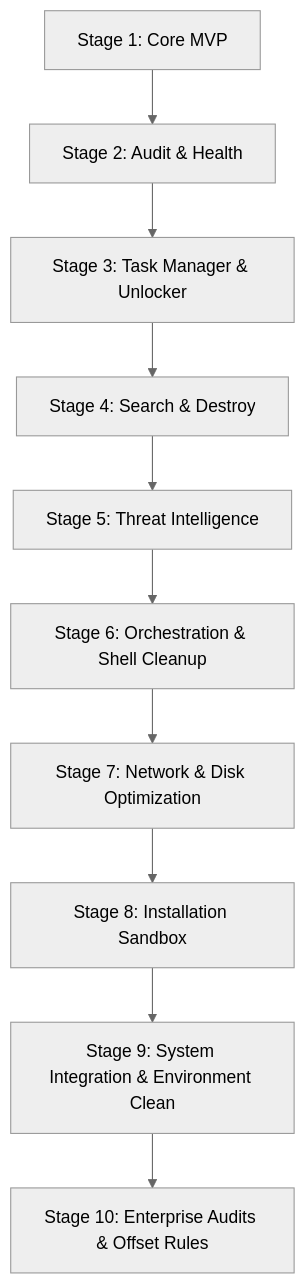
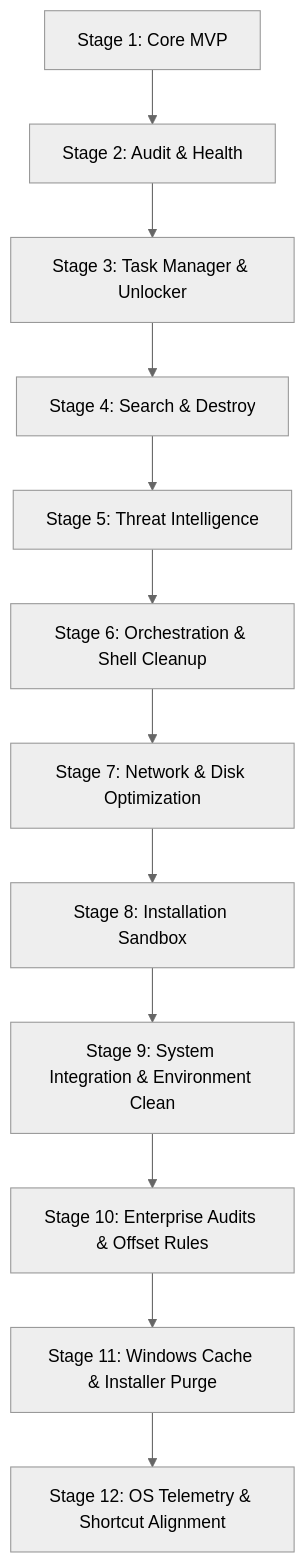
Before and after one commit to QuantumMonkey/Vanish: the diagram in docs/roadmap.md, drawn with Mermaid (neutral theme). The commit also changed other lines of this file and 1 other file, not shown here.

Commit message:
docs: Add final Windows-specific cleanup and cache purge stages to roadmap and research logs

````diff
--- a/docs/roadmap.md
+++ b/docs/roadmap.md
@@ -9,12 +9,14 @@
 ```mermaid
 graph TD
     P1[Stage 1: Core MVP] --> P2[Stage 2: Audit & Health]
     P2 --> P3[Stage 3: Task Manager & Unlocker]
     P3 --> P4[Stage 4: Search & Destroy]
     P4 --> P5[Stage 5: Threat Intelligence]
     P5 --> P6[Stage 6: Orchestration & Shell Cleanup]
     P6 --> P7[Stage 7: Network & Disk Optimization]
     P7 --> P8[Stage 8: Installation Sandbox]
     P8 --> P9[Stage 9: System Integration & Environment Clean]
     P9 --> P10[Stage 10: Enterprise Audits & Offset Rules]
+    P10 --> P11[Stage 11: Windows Cache & Installer Purge]
+    P11 --> P12[Stage 12: OS Telemetry & Shortcut Alignment]
 ```
````
